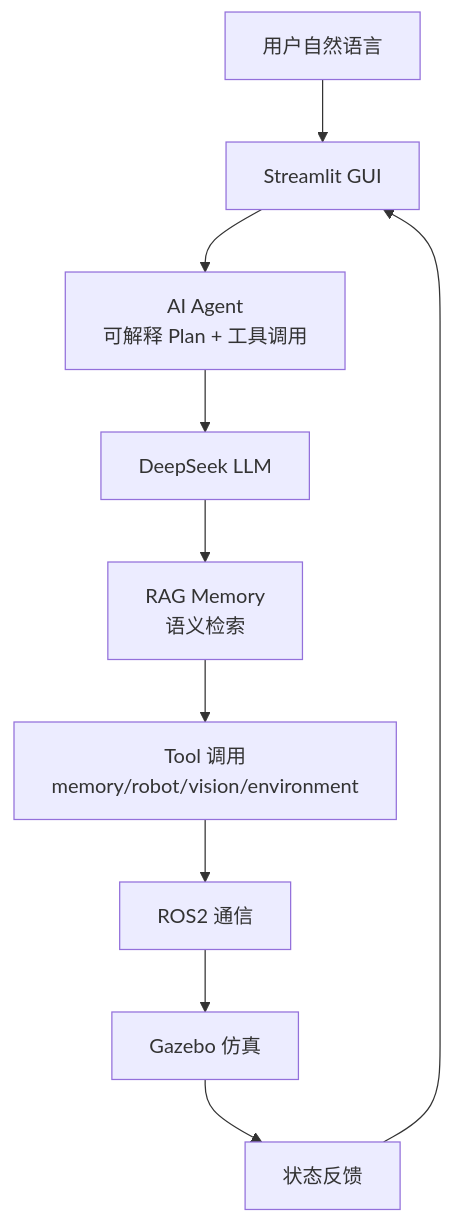
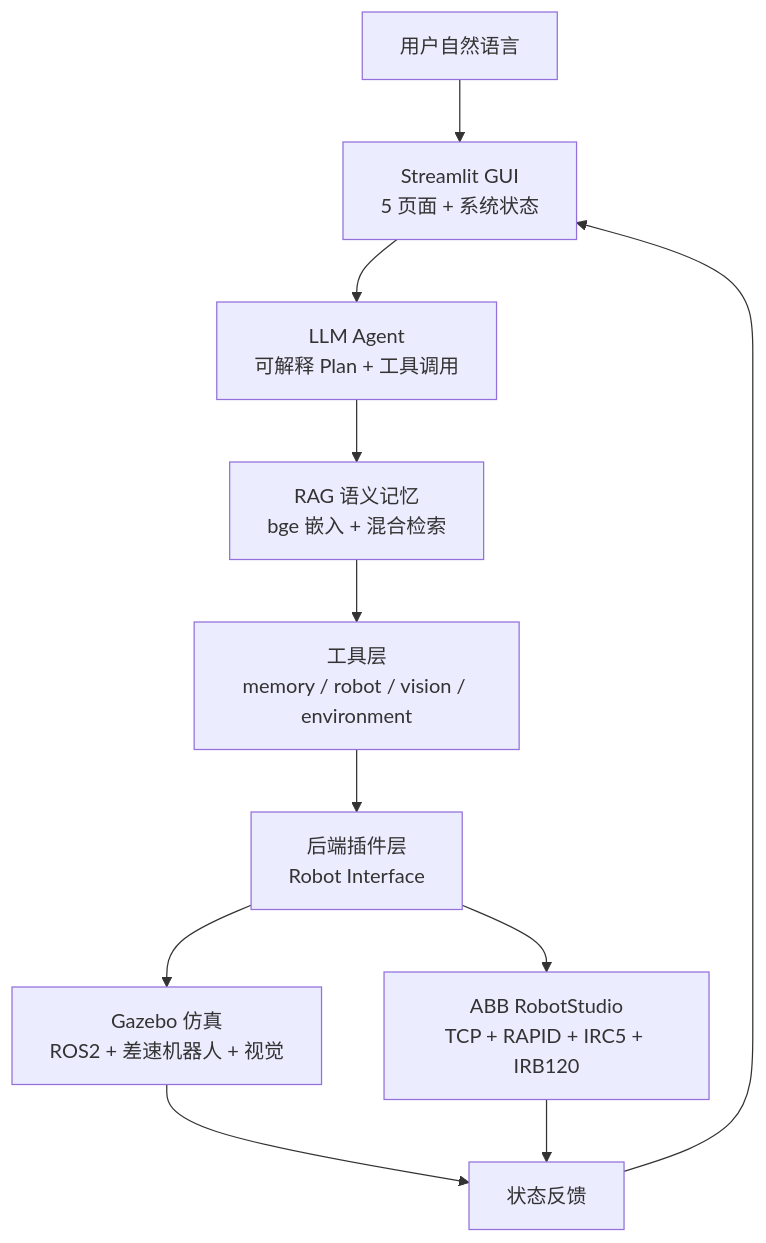
One commit to jxql-airobot/AI-Robot-Demo changed the diagram in README.md. Above: the diagram before and after it, drawn with Mermaid. The commit also changed other lines of this file, not shown here.

````diff
--- a/README.md
+++ b/README.md
@@ -33,12 +48,13 @@
 ```mermaid
 flowchart TD
-    U[用户自然语言] --> G[Streamlit GUI]
-    G --> A[AI Agent<br/>可解释 Plan + 工具调用]
-    A --> L[DeepSeek LLM]
-    L --> R[RAG Memory<br/>语义检索]
-    R --> T[Tool 调用<br/>memory/robot/vision/environment]
-    T --> ROS[ROS2 通信]
-    ROS --> GA[Gazebo 仿真]
+    U[用户自然语言] --> G[Streamlit GUI<br/>5 页面 + 系统状态]
+    G --> A[LLM Agent<br/>可解释 Plan + 工具调用]
+    A --> R[RAG 语义记忆<br/>bge 嵌入 + 混合检索]
+    R --> T[工具层<br/>memory / robot / vision / environment]
+    T --> B[后端插件层<br/>Robot Interface]
+    B --> GA[Gazebo 仿真<br/>ROS2 + 差速机器人 + 视觉]
+    B --> RS[ABB RobotStudio<br/>TCP + RAPID + IRC5 + IRB120]
     GA --> FB[状态反馈]
+    RS --> FB
     FB --> G
 ```
````
